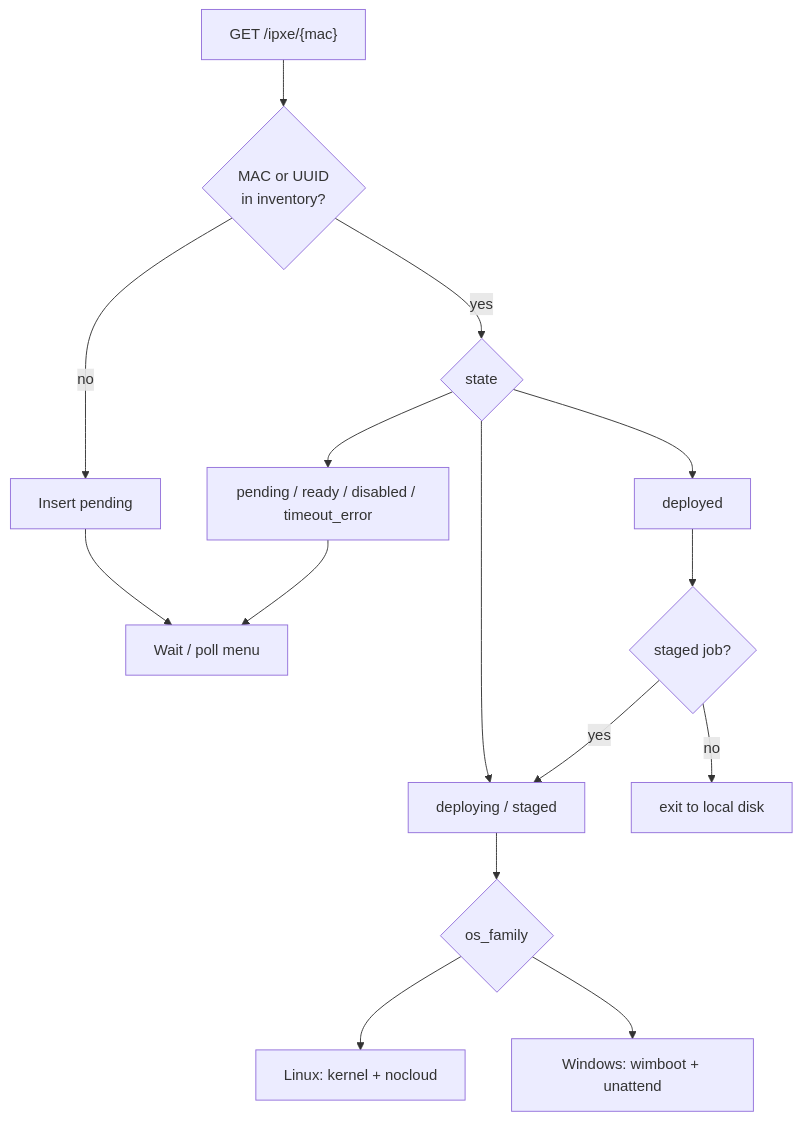
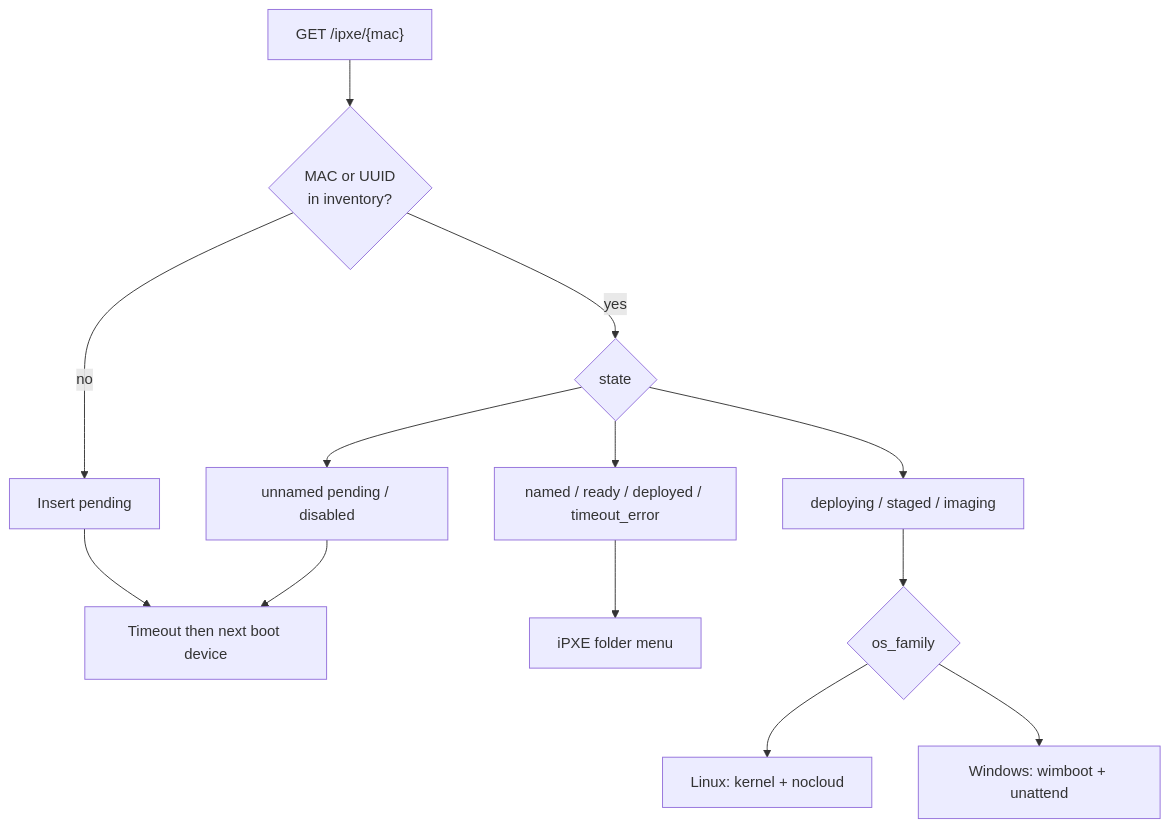
Before and after one commit to hometinker12/home-lab-pxe: the sixth of 24 diagrams in ARCHITECTURE.md, drawn with Mermaid. The commit also changed other lines of this file and 37 other files, not shown here.

First line of the commit message:
Cut 0.3.1 with iPXE folder menus and image add overlay

````diff
--- a/ARCHITECTURE.md
+++ b/ARCHITECTURE.md
@@ -150,17 +149,15 @@
 ```mermaid
 flowchart TD
   REQ["GET /ipxe/{mac}"] --> ID{"MAC or UUID<br/>in inventory?"}
   ID -->|no| REG["Insert pending"]
-  REG --> WAIT["Wait / poll menu"]
+  REG --> DISK["Timeout then next boot device"]
   ID -->|yes| ST{"state"}
-  ST --> pending["pending / ready / disabled / timeout_error"]
-  pending --> WAIT
-  ST --> inst["deploying / staged"]
+  ST --> skip["unnamed pending / disabled"]
+  skip --> DISK
+  ST --> menu["named / ready / deployed / timeout_error"]
+  menu --> FOLDER["iPXE folder menu"]
+  ST --> inst["deploying / staged / imaging"]
   inst --> OS{"os_family"}
   OS --> linux["Linux: kernel + nocloud"]
   OS --> win["Windows: wimboot + unattend"]
-  ST --> dep["deployed"]
-  dep --> JOB{"staged job?"}
-  JOB -->|yes| inst
-  JOB -->|no| LOCAL["exit to local disk"]
 ```
````
